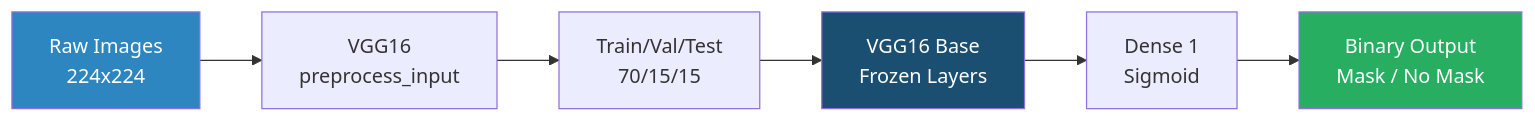
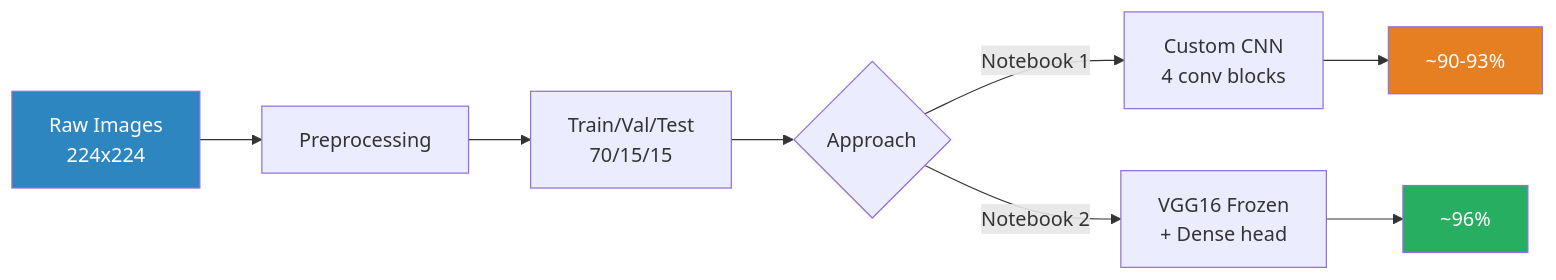
The diagram in README.md (goyashek/face-mask-detection), drawn with Mermaid before and after one commit. The commit also changed other lines of this file, not shown here.

````diff
--- a/README.md
+++ b/README.md
@@ -39,12 +43,14 @@
 ```mermaid
 flowchart LR
-    A[Raw Images<br>224x224] --> B[VGG16<br>preprocess_input]
+    A[Raw Images<br>224x224] --> B[Preprocessing]
     B --> C[Train/Val/Test<br>70/15/15]
-    C --> D[VGG16 Base<br>Frozen Layers]
-    D --> E[Dense 1<br>Sigmoid]
-    E --> F[Binary Output<br>Mask / No Mask]
+    C --> D{Approach}
+    D -->|Notebook 1| E[Custom CNN<br>4 conv blocks]
+    D -->|Notebook 2| F[VGG16 Frozen<br>+ Dense head]
+    E --> G[~90-93%]
+    F --> H[~96%]
 
     style A fill:#2E86C1,color:#fff
-    style D fill:#1B4F72,color:#fff
-    style F fill:#27AE60,color:#fff
+    style G fill:#E67E22,color:#fff
+    style H fill:#27AE60,color:#fff
 ```
````
